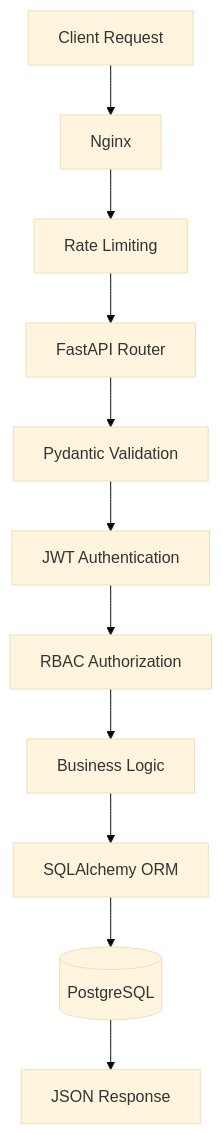
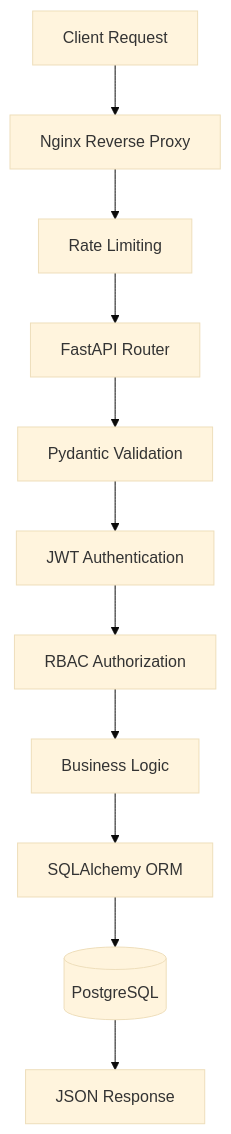
Before and after one commit to Saralfury/knmiet-connect: the second of 7 diagrams in README.md, drawn with Mermaid (base theme). The commit also changed other lines of this file, not shown here.

Commit message:
docs: Completely restore and expand README to flagship 42-section architecture-first format

````diff
--- a/README.md
+++ b/README.md
@@ -208,25 +199,26 @@
 ```mermaid
 flowchart TD
 
 A[Client Request]
+B[Nginx Reverse Proxy]
+C[Rate Limiting]
+D[FastAPI Router]
+E[Pydantic Validation]
+F[JWT Authentication]
+G[RBAC Authorization]
+H[Business Logic]
+I[SQLAlchemy ORM]
+J[(PostgreSQL)]
+K[JSON Response]
 
--->B[Nginx]
-
--->C[Rate Limiting]
-
--->D[FastAPI Router]
-
--->E[Pydantic Validation]
-
--->F[JWT Authentication]
-
--->G[RBAC Authorization]
-
--->H[Business Logic]
-
--->I[SQLAlchemy ORM]
-
--->J[(PostgreSQL)]
-
--->K[JSON Response]
+A --> B
+B --> C
+C --> D
+D --> E
+E --> F
+F --> G
+G --> H
+H --> I
+I --> J
+J --> K
 ```
````
